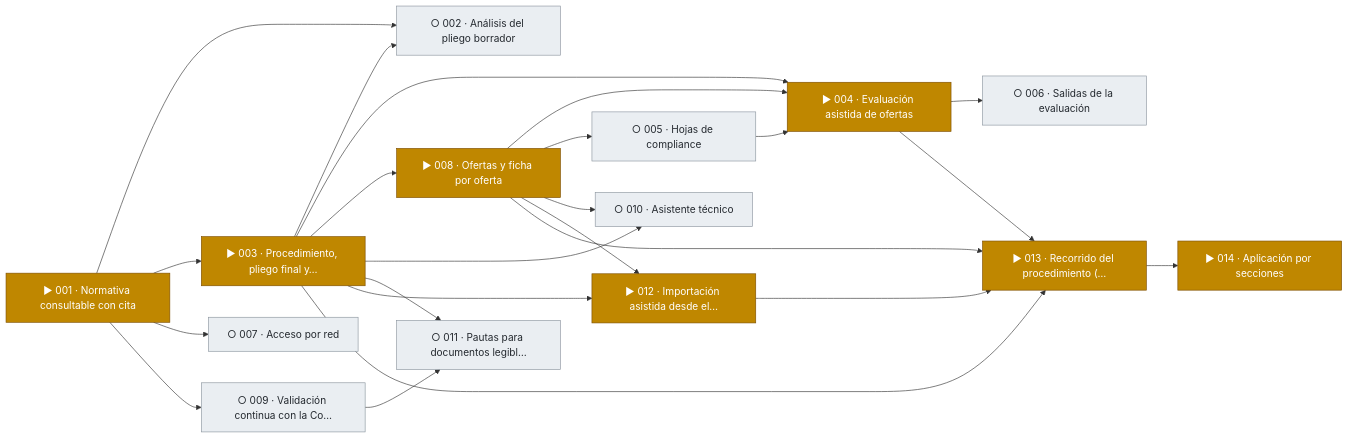
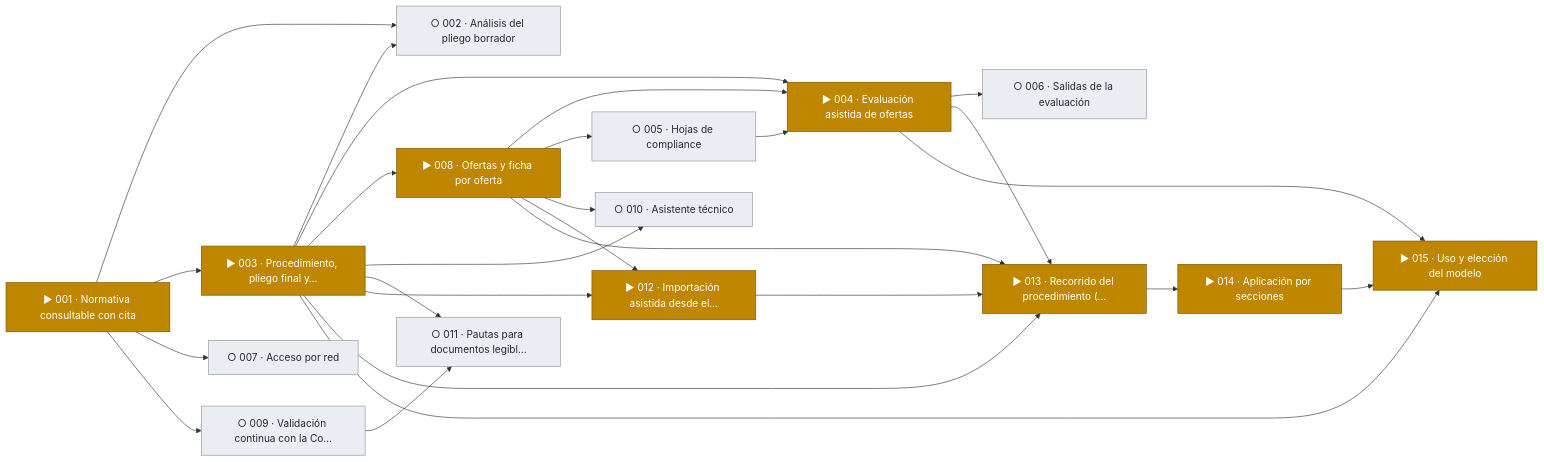
One commit to snavello/EVALUON changed the first of 16 diagrams in docs/tablero.md. Above: the diagram before and after it, drawn with Mermaid. The commit also changed other lines of this file and 2 other files, not shown here.

````diff
--- a/docs/tablero.md
+++ b/docs/tablero.md
@@ -9,44 +9,48 @@
 ```mermaid
 flowchart LR
   F001["▶ 001 · Normativa consultable con cita"]:::active
   F002["○ 002 · Análisis del pliego borrador"]:::todo
   F003["▶ 003 · Procedimiento, pliego final y…"]:::active
   F004["▶ 004 · Evaluación asistida de ofertas"]:::active
   F005["○ 005 · Hojas de compliance"]:::todo
   F006["○ 006 · Salidas de la evaluación"]:::todo
   F007["○ 007 · Acceso por red"]:::todo
   F008["▶ 008 · Ofertas y ficha por oferta"]:::active
   F009["○ 009 · Validación continua con la Co…"]:::todo
   F010["○ 010 · Asistente técnico"]:::todo
   F011["○ 011 · Pautas para documentos legibl…"]:::todo
   F012["▶ 012 · Importación asistida desde el…"]:::active
   F013["▶ 013 · Recorrido del procedimiento (…"]:::active
   F014["▶ 014 · Aplicación por secciones"]:::active
+  F015["▶ 015 · Uso y elección del modelo"]:::active
   F001 --> F002
   F003 --> F002
   F001 --> F003
   F003 --> F004
   F008 --> F004
   F005 --> F004
   F008 --> F005
   F004 --> F006
   F001 --> F007
   F003 --> F008
   F001 --> F009
   F003 --> F010
   F008 --> F010
   F003 --> F011
   F009 --> F011
   F003 --> F012
   F008 --> F012
   F003 --> F013
   F004 --> F013
   F008 --> F013
   F012 --> F013
   F013 --> F014
+  F003 --> F015
+  F004 --> F015
+  F014 --> F015
   classDef done fill:#1a7f37,stroke:#116329,color:#ffffff
   classDef review fill:#0969da,stroke:#0550ae,color:#ffffff
   classDef active fill:#bf8700,stroke:#7d4e00,color:#ffffff
   classDef blocked fill:#cf222e,stroke:#a40e26,color:#ffffff
   classDef todo fill:#eaeef2,stroke:#8c959f,color:#24292f
 ```
````
